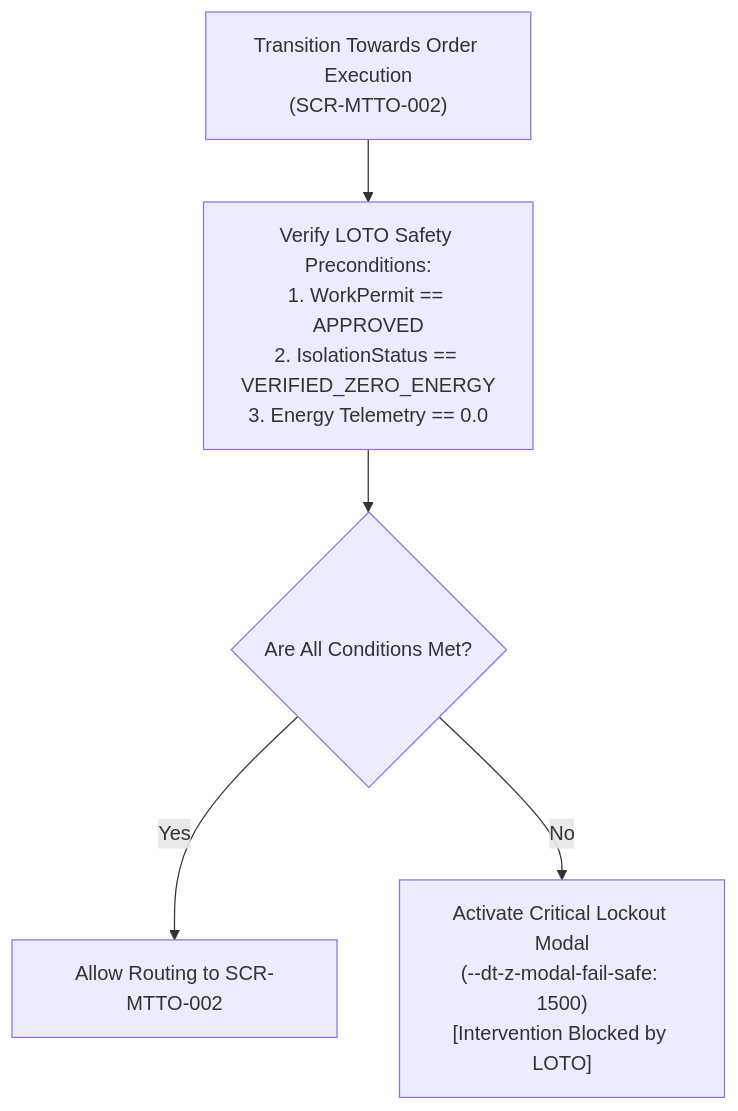
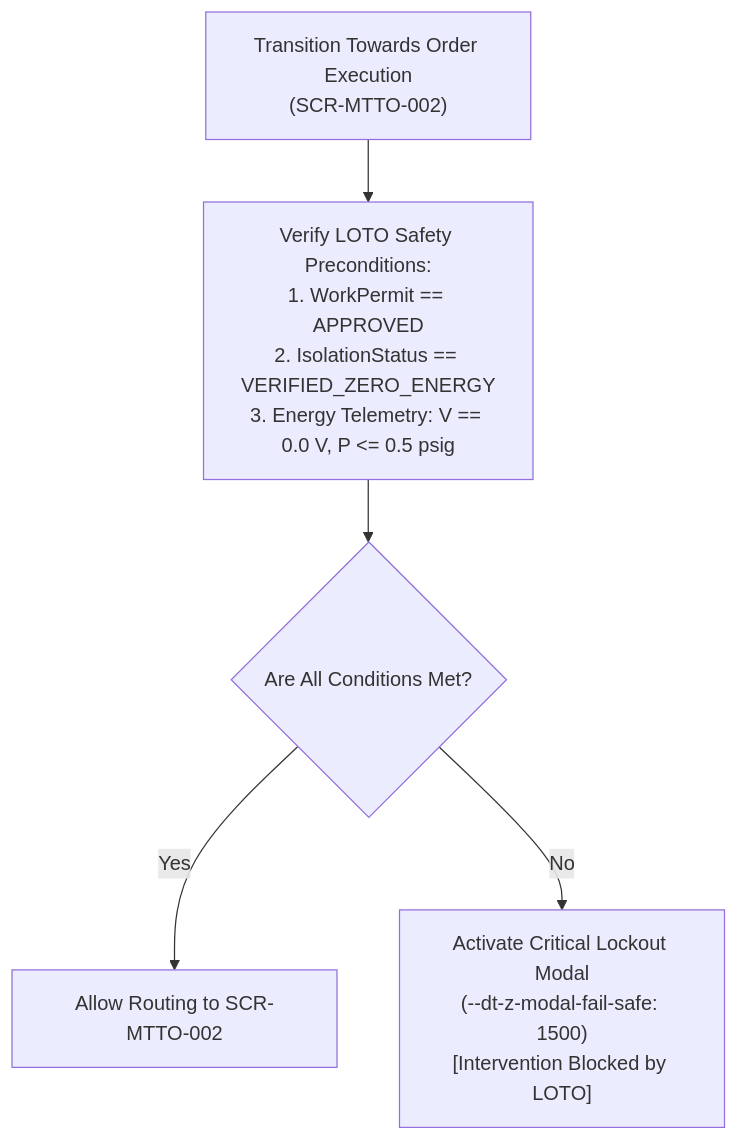
Before and after one commit to Novav20/adso-dteam-docs: the sixth of 6 diagrams in ui-ux/DT-UI-NAV-DOC-001.md, drawn with Mermaid. The commit also changed other lines of this file and 4 other files, not shown here.

Commit message:
docs(uc,ui-ux): align LOTO zero-energy, confined space 13m, criticality >= 8, and preventive WO closure

````diff
--- a/ui-ux/DT-UI-NAV-DOC-001.md
+++ b/ui-ux/DT-UI-NAV-DOC-001.md
@@ -219,7 +219,7 @@
 ```mermaid
 flowchart TD
-    StartLOTO["Transition Towards Order Execution<br/>(SCR-MTTO-002)"] --> CheckLOTO["Verify LOTO Safety Preconditions:<br/>1. WorkPermit == APPROVED<br/>2. IsolationStatus == VERIFIED_ZERO_ENERGY<br/>3. Energy Telemetry == 0.0"]
+    StartLOTO["Transition Towards Order Execution<br/>(SCR-MTTO-002)"] --> CheckLOTO["Verify LOTO Safety Preconditions:<br/>1. WorkPermit == APPROVED<br/>2. IsolationStatus == VERIFIED_ZERO_ENERGY<br/>3. Energy Telemetry: V == 0.0 V, P <= 0.5 psig"]
     CheckLOTO --> LOTOValid{"Are All Conditions Met?"}
     LOTOValid -- "Yes" --> AllowRoute["Allow Routing to SCR-MTTO-002"]
     LOTOValid -- "No" --> FailSafeModal["Activate Critical Lockout Modal<br/>(--dt-z-modal-fail-safe: 1500)<br/>[Intervention Blocked by LOTO]"]
 ```
````
